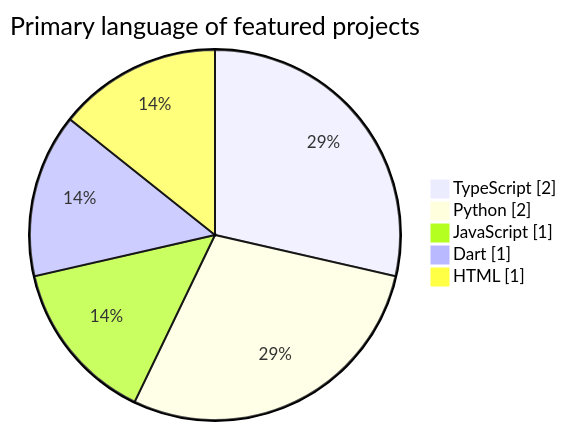
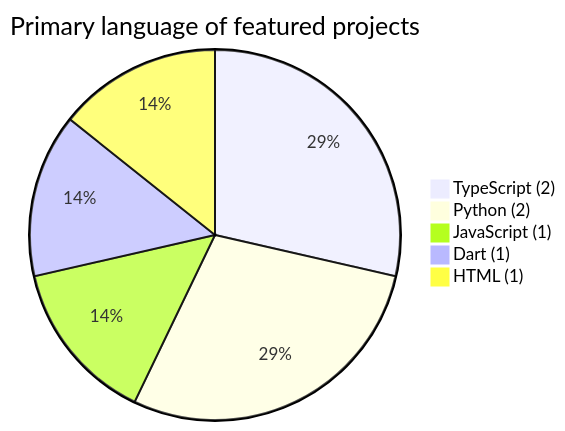
The first of 3 diagrams in README.md (Zvareldric/Zvareldric), drawn with Mermaid before and after one commit.

Commit message:
Use basic pie chart syntax so GitHub renders it
GitHub showed "Unable to render rich display" for the pie chart.
Drop the showData option and put the title on the pie line, the
form GitHub's Mermaid renderer handles reliably. Counts move into
the labels instead.

Claude-Session: https://claude.ai/code/session_01V95C5ZKATRU9wfzHDuU5RM

````diff
--- a/README.md
+++ b/README.md
@@ -53,9 +53,8 @@
 ```mermaid
-pie showData
-    title Primary language of featured projects
-    "TypeScript" : 2
-    "Python" : 2
-    "JavaScript" : 1
-    "Dart" : 1
-    "HTML" : 1
+pie title Primary language of featured projects
+    "TypeScript (2)" : 2
+    "Python (2)" : 2
+    "JavaScript (1)" : 1
+    "Dart (1)" : 1
+    "HTML (1)" : 1
 ```
````
